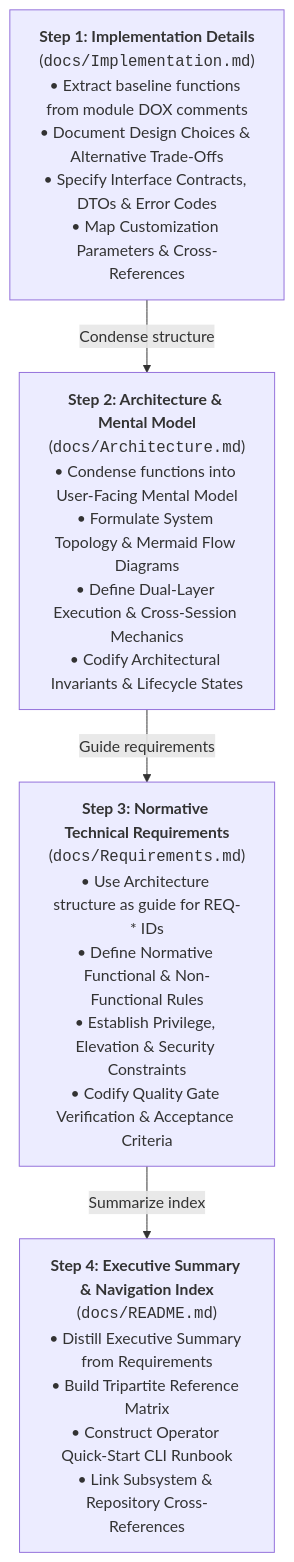
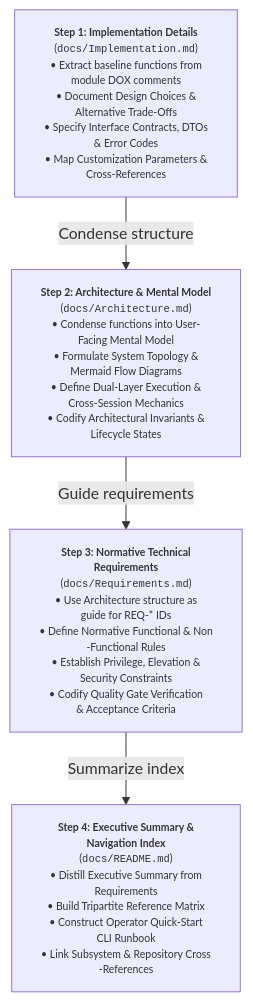
Before and after one commit to rgbigel/Workspace_AI: the sixth of 6 diagrams in docs/Architecture.md, drawn with Mermaid. The commit also changed other lines of this file and 8 other files, not shown here.

Commit message:
docs(rules): synchronize ProposalReviewFlowPolicy, cross-reference matrix, and Gemini exports [v7.2.2]

````diff
--- a/docs/Architecture.md
+++ b/docs/Architecture.md
@@ -241,14 +250,16 @@
 ```mermaid
 graph TD
-    Step1["<b>Step 1: Implementation Details</b><br/>(<code>docs/Implementation.md</code>)<br/>• Extract baseline functions from module DOX comments<br/>• Document Design Choices & Alternative Trade-Offs<br/>• Specify Interface Contracts, DTOs & Error Codes<br/>• Map Customization Parameters & Cross-References"]
+    classDef default font-size:8pt;
+    Step1["<b>Step 1: Implementation Details</b><br/>(<code>docs/Implementation.md</code>)<br/>• Extract baseline functions from<br/>module DOX comments<br/>• Document Design Choices &<br/>Alternative Trade-Offs<br/>• Specify Interface Contracts, DTOs<br/>& Error Codes<br/>• Map Customization Parameters &<br/>Cross-References"]
     
-    Step2["<b>Step 2: Architecture & Mental Model</b><br/>(<code>docs/Architecture.md</code>)<br/>• Condense functions into User-Facing Mental Model<br/>• Formulate System Topology & Mermaid Flow Diagrams<br/>• Define Dual-Layer Execution & Cross-Session Mechanics<br/>• Codify Architectural Invariants & Lifecycle States"]
+    Step2["<b>Step 2: Architecture & Mental Model</b><br/>(<code>docs/Architecture.md</code>)<br/>• Condense functions into User-<br/>Facing Mental Model<br/>• Formulate System Topology &<br/>Mermaid Flow Diagrams<br/>• Define Dual-Layer Execution &<br/>Cross-Session Mechanics<br/>• Codify Architectural Invariants &<br/>Lifecycle States"]
     
-    Step3["<b>Step 3: Normative Technical Requirements</b><br/>(<code>docs/Requirements.md</code>)<br/>• Use Architecture structure as guide for REQ-* IDs<br/>• Define Normative Functional & Non-Functional Rules<br/>• Establish Privilege, Elevation & Security Constraints<br/>• Codify Quality Gate Verification & Acceptance Criteria"]
+    Step3["<b>Step 3: Normative Technical<br/>Requirements</b><br/>(<code>docs/Requirements.md</code>)<br/>• Use Architecture structure as<br/>guide for REQ-* IDs<br/>• Define Normative Functional & Non<br/>-Functional Rules<br/>• Establish Privilege, Elevation &<br/>Security Constraints<br/>• Codify Quality Gate Verification<br/>& Acceptance Criteria"]
     
-    Step4["<b>Step 4: Executive Summary & Navigation Index</b><br/>(<code>docs/README.md</code>)<br/>• Distill Executive Summary from Requirements<br/>• Build Tripartite Reference Matrix<br/>• Construct Operator Quick-Start CLI Runbook<br/>• Link Subsystem & Repository Cross-References"]
+    Step4["<b>Step 4: Executive Summary &<br/>Navigation Index</b><br/>(<code>docs/README.md</code>)<br/>• Distill Executive Summary from<br/>Requirements<br/>• Build Tripartite Reference Matrix<br/>• Construct Operator Quick-Start<br/>CLI Runbook<br/>• Link Subsystem & Repository Cross<br/>-References"]
 
     Step1 -->|"Condense structure"| Step2
     Step2 -->|"Guide requirements"| Step3
     Step3 -->|"Summarize index"| Step4
+
 ```
````
